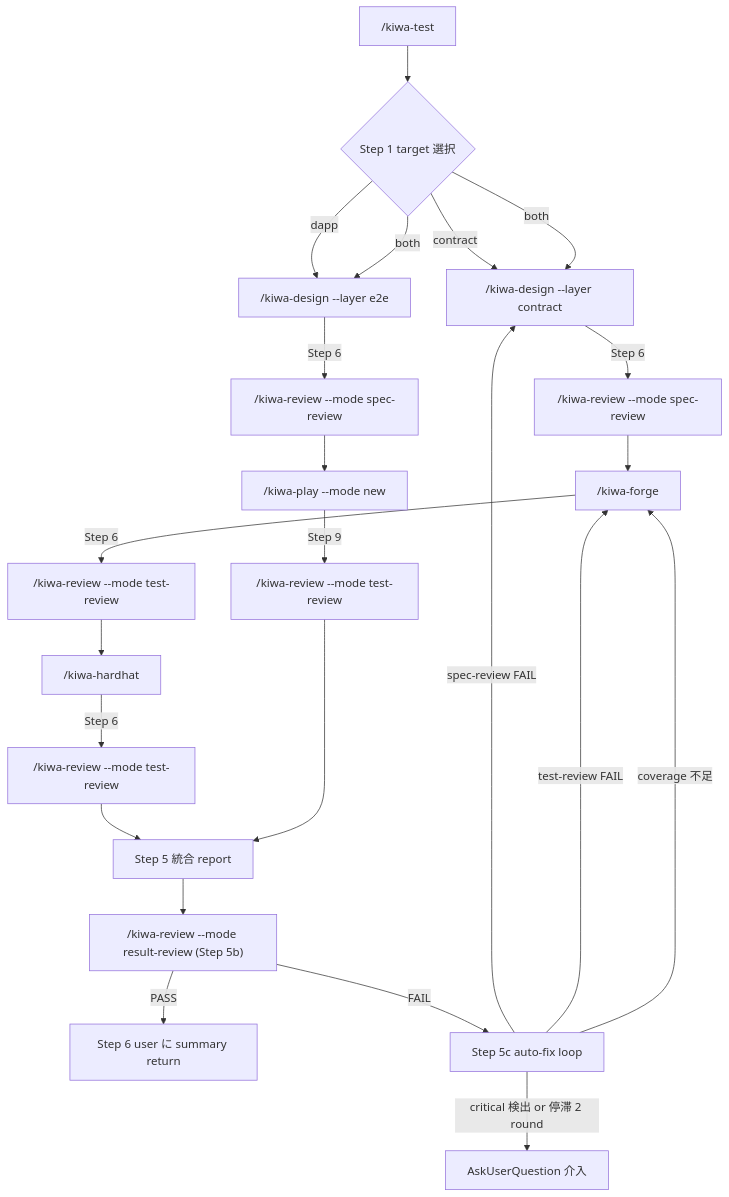
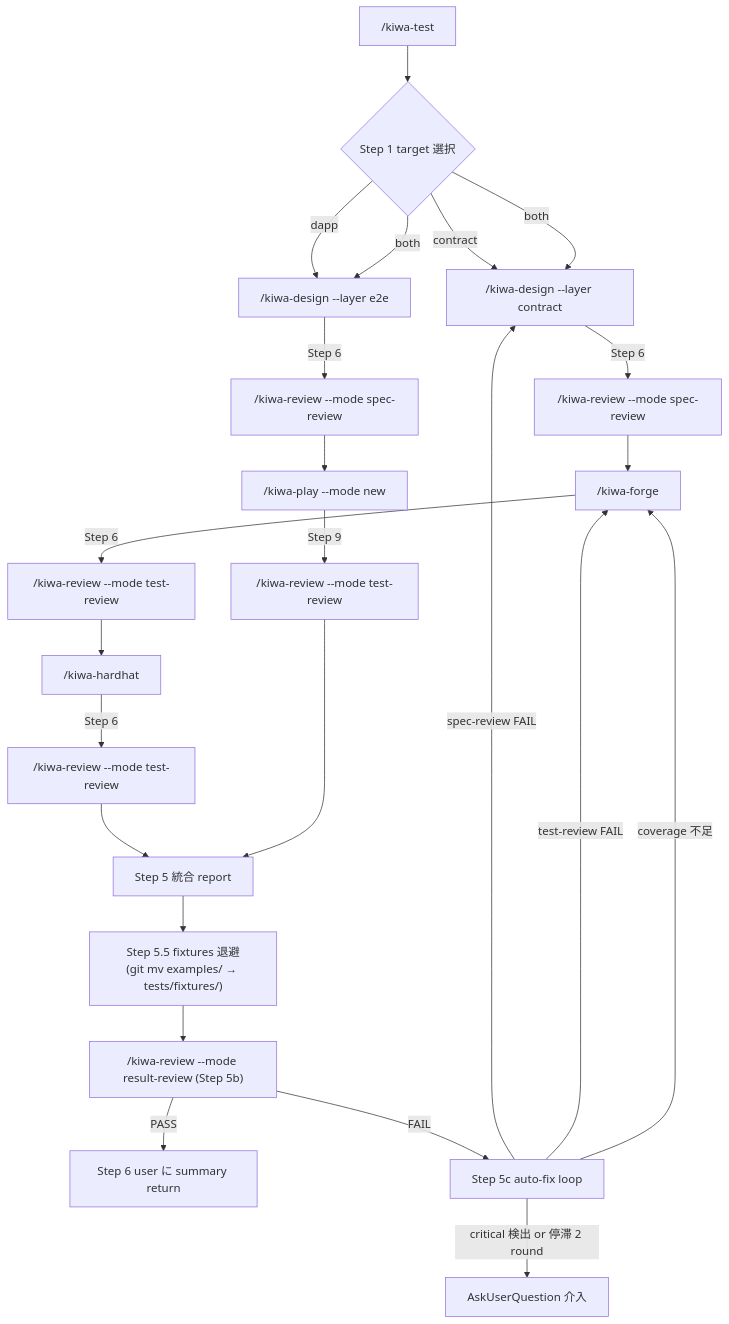
Before and after one commit to cardene777/kiwa: the diagram in .claude/skills/kiwa-test/SKILL.md, drawn with Mermaid. The commit also changed other lines of this file and 1 other file, not shown here.

First line of the commit message:
🐛 fix(skills/kiwa-test): Step 5.5 で生成 test を tests/fixtures/ に自動退避し session 後消失を防止 (#225)

````diff
--- a/.claude/skills/kiwa-test/SKILL.md
+++ b/.claude/skills/kiwa-test/SKILL.md
@@ -345,25 +403,26 @@
 ```mermaid
 graph TD
     A["/kiwa-test"] --> B{Step 1 target 選択}
     B -->|contract| C1["/kiwa-design --layer contract"]
     B -->|dapp| D1["/kiwa-design --layer e2e"]
     B -->|both| C1
     B -->|both| D1
     C1 -->|Step 6| R1["/kiwa-review --mode spec-review"]
     R1 --> C2["/kiwa-forge"]
     C2 -->|Step 6| R2["/kiwa-review --mode test-review"]
     R2 --> C3["/kiwa-hardhat"]
     C3 -->|Step 6| R3["/kiwa-review --mode test-review"]
     D1 -->|Step 6| R4["/kiwa-review --mode spec-review"]
     R4 --> D2["/kiwa-play --mode new"]
     D2 -->|Step 9| R5["/kiwa-review --mode test-review"]
     R3 --> E["Step 5 統合 report"]
     R5 --> E
-    E --> R6["/kiwa-review --mode result-review (Step 5b)"]
+    E --> M["Step 5.5 fixtures 退避<br>(git mv examples/ → tests/fixtures/)"]
+    M --> R6["/kiwa-review --mode result-review (Step 5b)"]
     R6 -->|PASS| F["Step 6 user に summary return"]
     R6 -->|FAIL| L["Step 5c auto-fix loop"]
     L -->|spec-review FAIL| C1
     L -->|test-review FAIL| C2
     L -->|coverage 不足| C2
     L -->|critical 検出 or 停滞 2 round| F2["AskUserQuestion 介入"]
 ```
````
